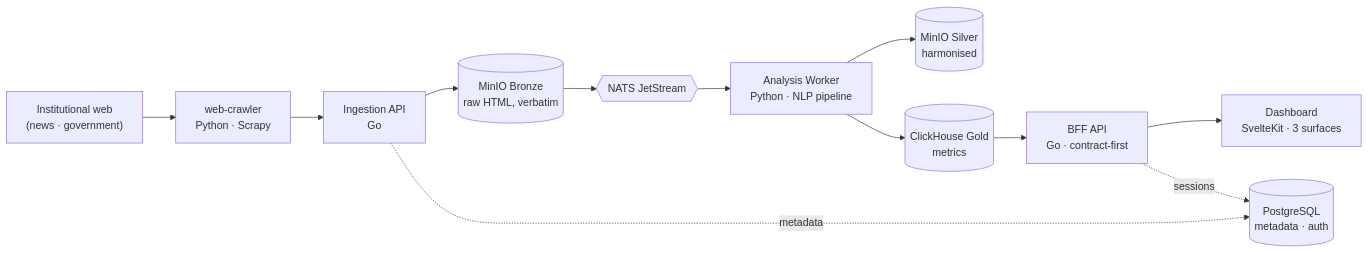
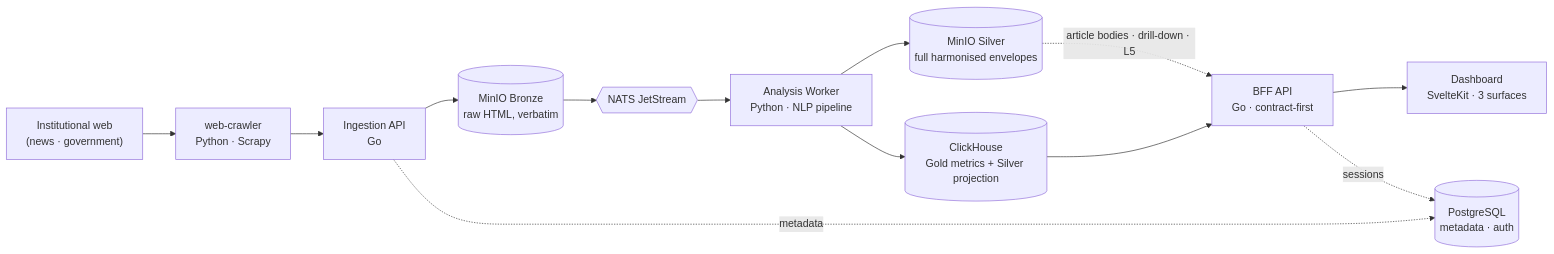
One commit to frogfromlake/aer changed the diagram in README.md. Above: the diagram before and after it, drawn with Mermaid. The commit also changed other lines of this file, not shown here.

Commit message:
docs(readme): fix architecture diagram — MinIO Silver → BFF (drill-down/L5) + Silver's dual role

````diff
--- a/README.md
+++ b/README.md
@@ -70,20 +70,21 @@
 ```mermaid
 flowchart LR
     WEB["Institutional web<br/>(news · government)"]
     CRAWL["web-crawler<br/>Python · Scrapy"]
     ING["Ingestion API<br/>Go"]
     BRONZE[("MinIO Bronze<br/>raw HTML, verbatim")]
     NATS{{"NATS JetStream"}}
     WORKER["Analysis Worker<br/>Python · NLP pipeline"]
-    SILVER[("MinIO Silver<br/>harmonised")]
-    GOLD[("ClickHouse Gold<br/>metrics")]
+    SILVER[("MinIO Silver<br/>full harmonised envelopes")]
+    GOLD[("ClickHouse<br/>Gold metrics + Silver projection")]
     PG[("PostgreSQL<br/>metadata · auth")]
     BFF["BFF API<br/>Go · contract-first"]
     DASH["Dashboard<br/>SvelteKit · 3 surfaces"]
 
     WEB --> CRAWL --> ING --> BRONZE --> NATS --> WORKER
     ING -.metadata.-> PG
     WORKER --> SILVER
     WORKER --> GOLD --> BFF --> DASH
+    SILVER -.->|"article bodies · drill-down · L5"| BFF
     BFF -.sessions.-> PG
 ```
````
